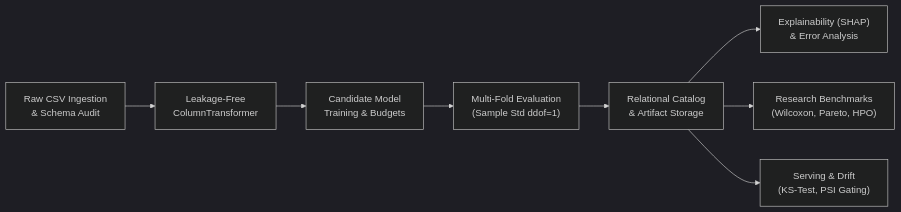
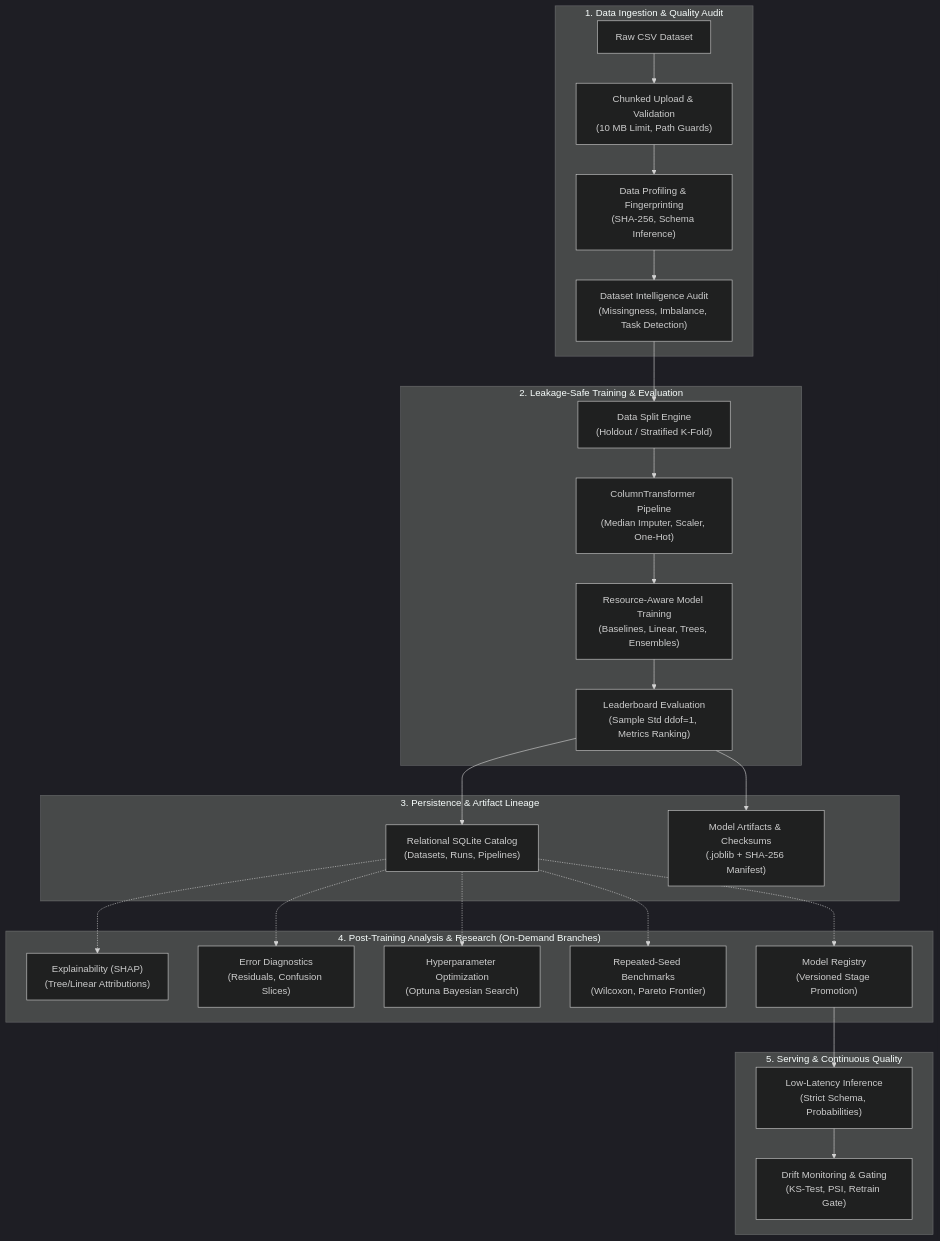
The first of 2 diagrams in README.md (Ishitadas03/AutoNexa), drawn with Mermaid (dark theme) before and after one commit. The commit also changed other lines of this file, not shown here.

Commit message:
docs: update README with expanded project architecture and workflow diagrams

````diff
--- a/README.md
+++ b/README.md
@@ -27,10 +37,33 @@
 ```mermaid
-flowchart LR
-    A["Raw CSV Ingestion\n& Schema Audit"] --> B["Leakage-Free\nColumnTransformer"]
-    B --> C["Candidate Model\nTraining & Budgets"]
-    C --> D["Multi-Fold Evaluation\n(Sample Std ddof=1)"]
-    D --> E["Relational Catalog\n& Artifact Storage"]
-    E --> F["Explainability (SHAP)\n& Error Analysis"]
-    E --> G["Research Benchmarks\n(Wilcoxon, Pareto, HPO)"]
-    E --> H["Serving & Drift\n(KS-Test, PSI Gating)"]
+flowchart TD
+    subgraph Ingestion ["1. Data Ingestion & Quality Audit"]
+        CSV["Raw CSV Dataset"] --> UPLOAD["Chunked Upload & Validation\n(10 MB Limit, Path Guards)"]
+        UPLOAD --> PROFILE["Data Profiling & Fingerprinting\n(SHA-256, Schema Inference)"]
+        PROFILE --> AUDIT["Dataset Intelligence Audit\n(Missingness, Imbalance, Task Detection)"]
+    end
+
+    subgraph CoreML ["2. Leakage-Safe Training & Evaluation"]
+        AUDIT --> SPLIT["Data Split Engine\n(Holdout / Stratified K-Fold)"]
+        SPLIT --> PREP["ColumnTransformer Pipeline\n(Median Imputer, Scaler, One-Hot)"]
+        PREP --> TRAIN["Resource-Aware Model Training\n(Baselines, Linear, Trees, Ensembles)"]
+        TRAIN --> EVAL["Leaderboard Evaluation\n(Sample Std ddof=1, Metrics Ranking)"]
+    end
+
+    subgraph Tracking ["3. Persistence & Artifact Lineage"]
+        EVAL --> REPO["Relational SQLite Catalog\n(Datasets, Runs, Pipelines)"]
+        EVAL --> ARTIFACT["Model Artifacts & Checksums\n(.joblib + SHA-256 Manifest)"]
+    end
+
+    subgraph ResearchBranches ["4. Post-Training Analysis & Research (On-Demand Branches)"]
+        REPO -.-> XAI["Explainability (SHAP)\n(Tree/Linear Attributions)"]
+        REPO -.-> ERR["Error Diagnostics\n(Residuals, Confusion Slices)"]
+        REPO -.-> HPO["Hyperparameter Optimization\n(Optuna Bayesian Search)"]
+        REPO -.-> BM["Repeated-Seed Benchmarks\n(Wilcoxon, Pareto Frontier)"]
+        REPO -.-> REG["Model Registry\n(Versioned Stage Promotion)"]
+    end
+
+    subgraph Production ["5. Serving & Continuous Quality"]
+        REG --> SERVE["Low-Latency Inference\n(Strict Schema, Probabilities)"]
+        SERVE --> MON["Drift Monitoring & Gating\n(KS-Test, PSI, Retrain Gate)"]
+    end
 ```
````
